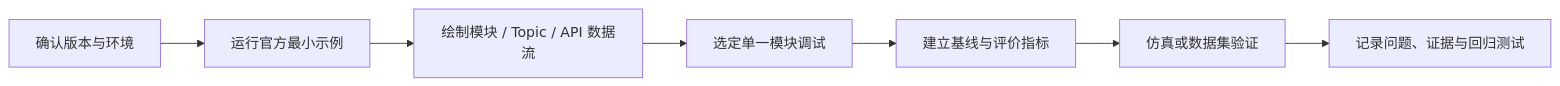
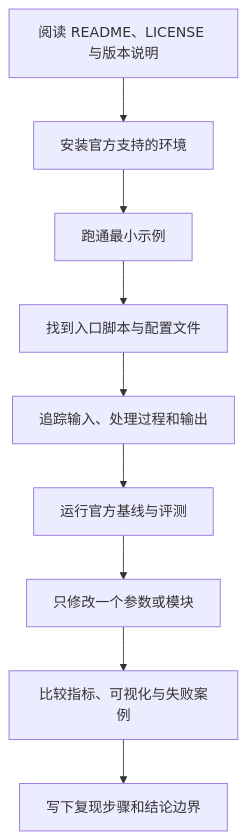
Before and after one commit to ilikui/AutomaticDriving: the diagram in docs/open-source-projects.md, drawn with Mermaid. The commit also changed other lines of this file, not shown here.

````diff
--- a/docs/open-source-projects.md
+++ b/docs/open-source-projects.md
@@ -5,9 +26,11 @@
 ```mermaid
-flowchart LR
-    A[确认版本与环境] --> B[运行官方最小示例]
-    B --> C[绘制模块 / Topic / API 数据流]
-    C --> D[选定单一模块调试]
-    D --> E[建立基线与评价指标]
-    E --> F[仿真或数据集验证]
-    F --> G[记录问题、证据与回归测试]
+flowchart TD
+    A["阅读 README、LICENSE 与版本说明"] --> B["安装官方支持的环境"]
+    B --> C["跑通最小示例"]
+    C --> D["找到入口脚本与配置文件"]
+    D --> E["追踪输入、处理过程和输出"]
+    E --> F["运行官方基线与评测"]
+    F --> G["只修改一个参数或模块"]
+    G --> H["比较指标、可视化与失败案例"]
+    H --> I["写下复现步骤和结论边界"]
 ```
````
